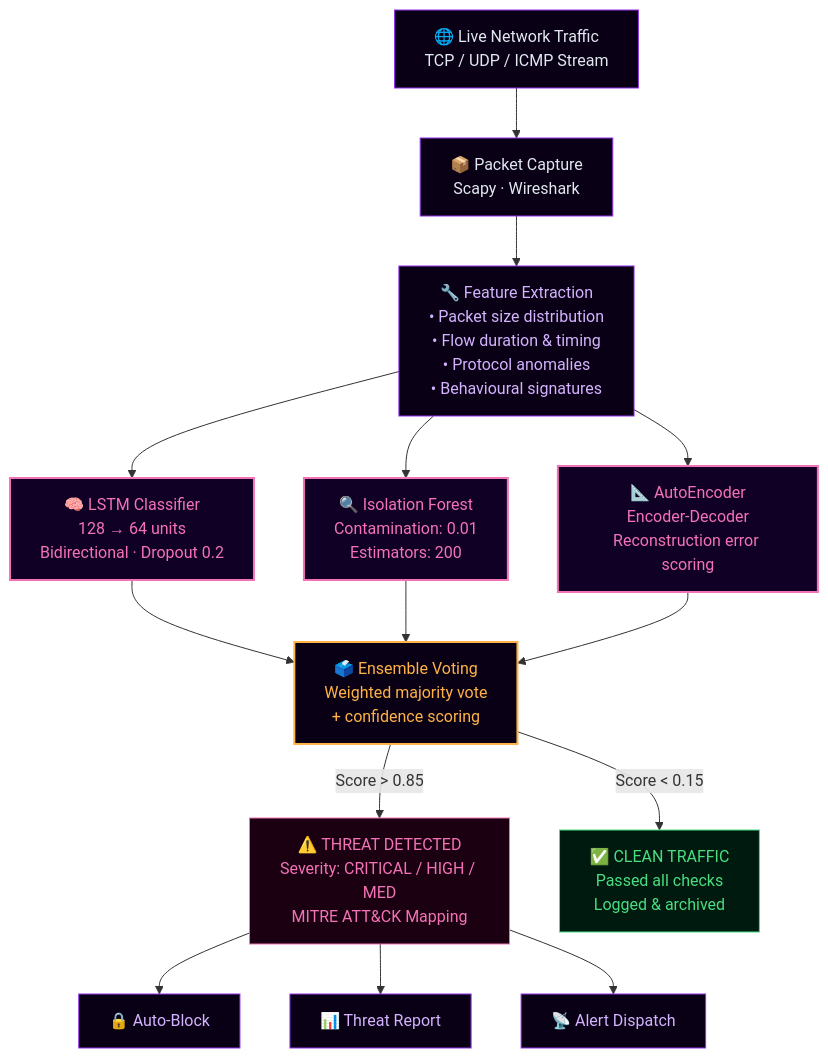
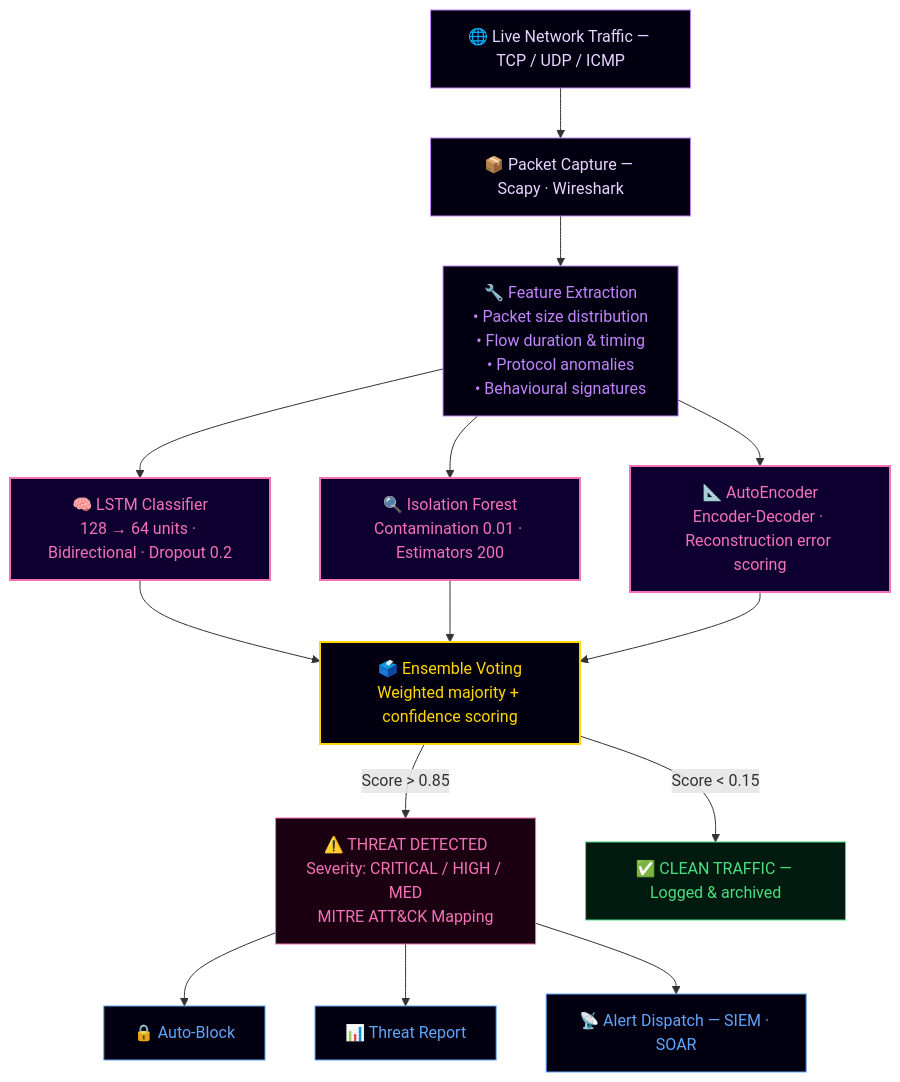
The third of 8 diagrams in README.md (LuthandoCandlovu/LuthandoCandlovu), drawn with Mermaid before and after one commit. The commit also changed other lines of this file, not shown here.

````diff
--- a/README.md
+++ b/README.md
@@ -298,28 +476,27 @@
 ```mermaid
 flowchart TD
-    TRAFFIC["🌐 Live Network Traffic\nTCP / UDP / ICMP Stream"]:::node
-
-    TRAFFIC --> CAP["📦 Packet Capture\nScapy · Wireshark"]:::node
+    TRAFFIC["🌐 Live Network Traffic — TCP / UDP / ICMP"]:::node
+    TRAFFIC --> CAP["📦 Packet Capture — Scapy · Wireshark"]:::node
     CAP --> EXTRACT["🔧 Feature Extraction\n• Packet size distribution\n• Flow duration & timing\n• Protocol anomalies\n• Behavioural signatures"]:::process
 
-    EXTRACT --> LSTM["🧠 LSTM Classifier\n128 → 64 units\nBidirectional · Dropout 0.2"]:::model
-    EXTRACT --> ISO["🔍 Isolation Forest\nContamination: 0.01\nEstimators: 200"]:::model
-    EXTRACT --> AUTO["📐 AutoEncoder\nEncoder-Decoder\nReconstruction error scoring"]:::model
+    EXTRACT --> LSTM["🧠 LSTM Classifier\n128 → 64 units · Bidirectional · Dropout 0.2"]:::model
+    EXTRACT --> ISO["🔍 Isolation Forest\nContamination 0.01 · Estimators 200"]:::model
+    EXTRACT --> AUTO["📐 AutoEncoder\nEncoder-Decoder · Reconstruction error scoring"]:::model
 
-    LSTM & ISO & AUTO --> ENSEMBLE["🗳️ Ensemble Voting\nWeighted majority vote\n+ confidence scoring"]:::ensemble
+    LSTM & ISO & AUTO --> ENSEMBLE["🗳️ Ensemble Voting\nWeighted majority + confidence scoring"]:::ensemble
 
     ENSEMBLE -->|"Score > 0.85"| THREAT["⚠️ THREAT DETECTED\nSeverity: CRITICAL / HIGH / MED\nMITRE ATT&CK Mapping"]:::alert
-    ENSEMBLE -->|"Score < 0.15"| SAFE["✅ CLEAN TRAFFIC\nPassed all checks\nLogged & archived"]:::safe
+    ENSEMBLE -->|"Score < 0.15"| SAFE["✅ CLEAN TRAFFIC — Logged & archived"]:::safe
 
     THREAT --> BLOCK["🔒 Auto-Block"]:::action
     THREAT --> REPORT["📊 Threat Report"]:::action
-    THREAT --> NOTIFY["📡 Alert Dispatch"]:::action
+    THREAT --> NOTIFY["📡 Alert Dispatch — SIEM · SOAR"]:::action
 
-    classDef node fill:#0a0015,stroke:#9333EA,color:#e2e8f0
-    classDef process fill:#0a0015,stroke:#9333EA,color:#d4b3ff
-    classDef model fill:#100025,stroke:#F472B6,color:#F472B6,stroke-width:2px
-    classDef ensemble fill:#0a0015,stroke:#FFB347,color:#FFB347,stroke-width:2px
-    classDef alert fill:#1a0010,stroke:#F472B6,color:#F472B6
+    classDef node fill:#020010,stroke:#c084fc,color:#e9d5ff
+    classDef process fill:#020010,stroke:#c084fc,color:#c084fc
+    classDef model fill:#0d0030,stroke:#f472b6,color:#f472b6,stroke-width:2px
+    classDef ensemble fill:#020010,stroke:#FFD700,color:#FFD700,stroke-width:2px
+    classDef alert fill:#1a0010,stroke:#f472b6,color:#f472b6
     classDef safe fill:#001a10,stroke:#4ADE80,color:#4ADE80
-    classDef action fill:#0a0015,stroke:#9333EA,color:#d4b3ff
+    classDef action fill:#020010,stroke:#60A5FA,color:#60A5FA
 ```
````
